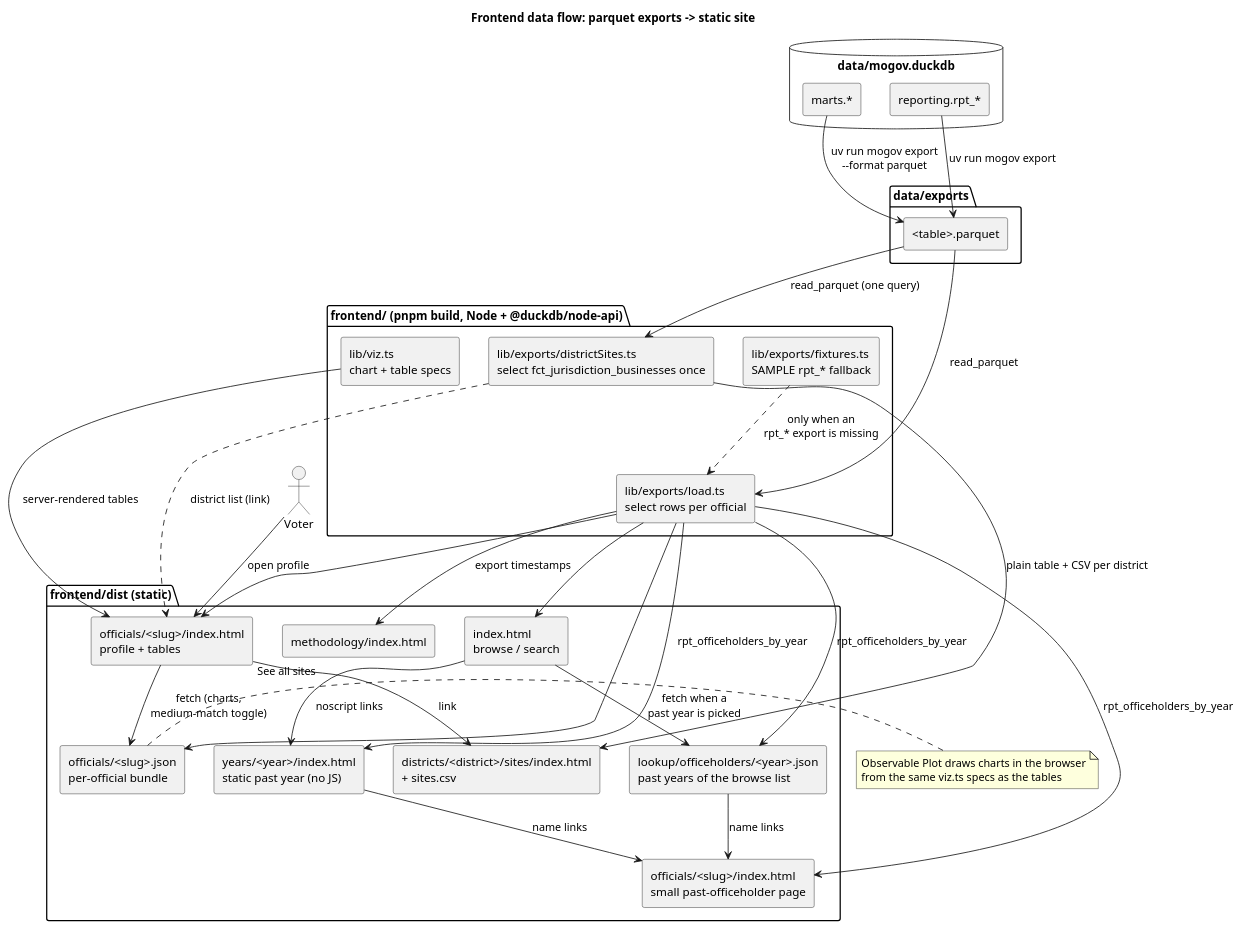
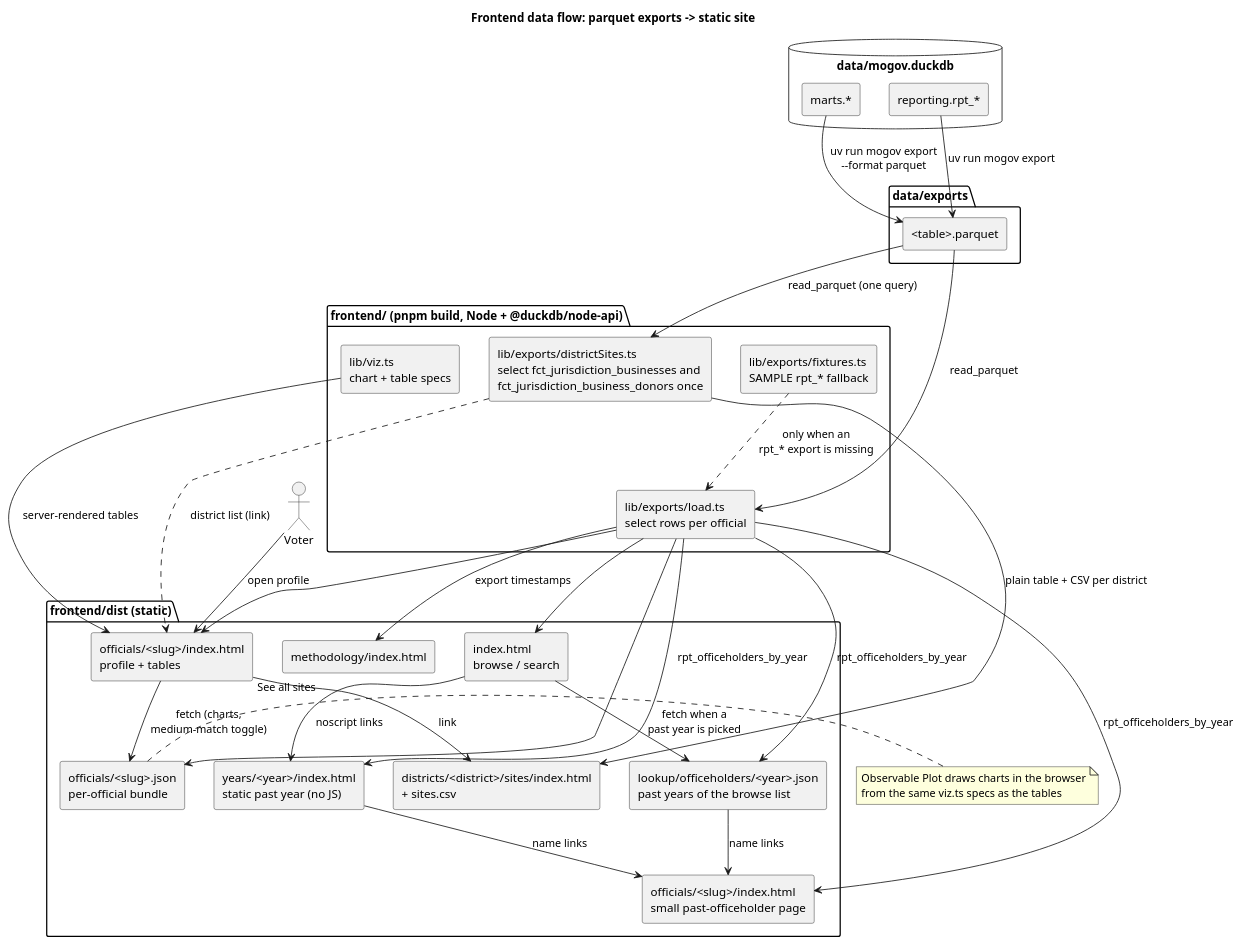
The diagram in docs/diagrams/frontend_data_flow.puml (akettmann/missouri_gov_feed), drawn with PlantUML before and after one commit. The commit also changed 24 other files, not shown here.

First line of the commit message:
Donors per business site: long table fct_jurisdiction_business_donors (#370)

```diff
--- a/docs/diagrams/frontend_data_flow.puml
+++ b/docs/diagrams/frontend_data_flow.puml
@@ -1,60 +1,60 @@
 @startuml frontend_data_flow
 title Frontend data flow: parquet exports -> static site
 skinparam componentStyle rectangle
 
 database "data/mogov.duckdb" as wh {
   [marts.*] as marts
   [reporting.rpt_*] as rpt
 }
 
 folder "data/exports" as exports {
   [<table>.parquet] as pq
 }
 
 package "frontend/ (pnpm build, Node + @duckdb/node-api)" {
   [lib/exports/load.ts\nselect rows per official] as load
   [lib/exports/fixtures.ts\nSAMPLE rpt_* fallback] as fixtures
-  [lib/exports/districtSites.ts\nselect fct_jurisdiction_businesses once] as dsites
+  [lib/exports/districtSites.ts\nselect fct_jurisdiction_businesses and\nfct_jurisdiction_business_donors once] as dsites
   [lib/viz.ts\nchart + table specs] as viz
 }
 
 folder "frontend/dist (static)" as dist {
   [index.html\nbrowse / search] as idx
   [lookup/officeholders/<year>.json\npast years of the browse list] as yearjson
   [years/<year>/index.html\nstatic past year (no JS)] as yearpage
   [officials/<slug>/index.html\nprofile + tables] as page
   [officials/<slug>/index.html\nsmall past-officeholder page] as pastpage
   [officials/<slug>.json\nper-official bundle] as json
   [districts/<district>/sites/index.html\n+ sites.csv] as sites
   [methodology/index.html] as meth
 }
 
 actor Voter as voter
 
 marts --> pq : uv run mogov export\n--format parquet
 rpt --> pq : uv run mogov export
 pq --> load : read_parquet
 fixtures ..> load : only when an\nrpt_* export is missing
 load --> idx
 load --> yearjson : rpt_officeholders_by_year
 idx --> yearjson : fetch when a\npast year is picked
 load --> yearpage : rpt_officeholders_by_year
 load --> pastpage : rpt_officeholders_by_year
 yearpage --> pastpage : name links
 yearjson --> pastpage : name links
 idx --> yearpage : noscript links
 load --> page
 load --> json
 pq --> dsites : read_parquet (one query)
 dsites --> sites : plain table + CSV per district
 page --> sites : "See all sites" link
 dsites ..> page : district list (link)
 load --> meth : export timestamps
 viz --> page : server-rendered tables
 voter --> page : open profile
 page --> json : fetch (charts,\nmedium-match toggle)
 note right of json
   Observable Plot draws charts in the browser
   from the same viz.ts specs as the tables
 end note
 @enduml
```
